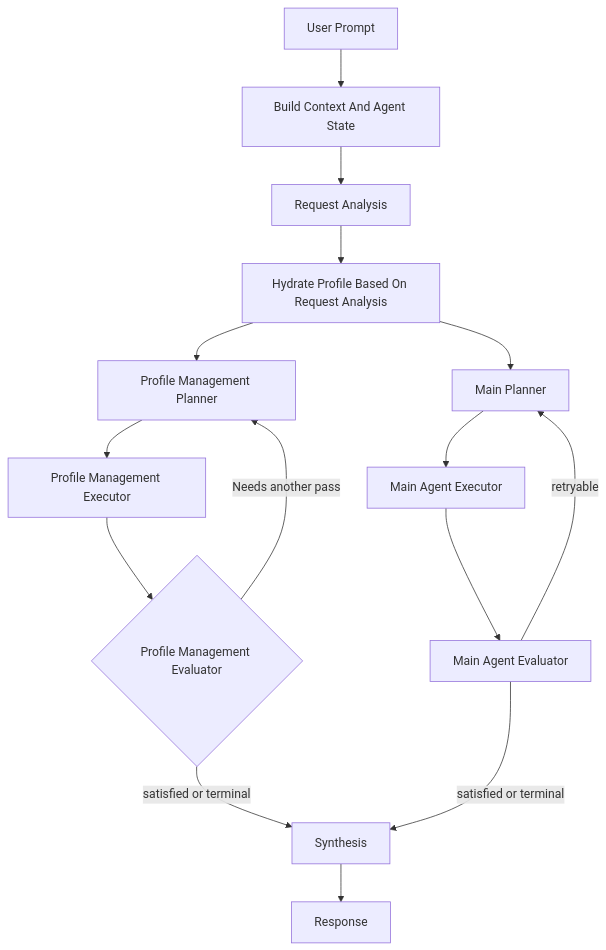
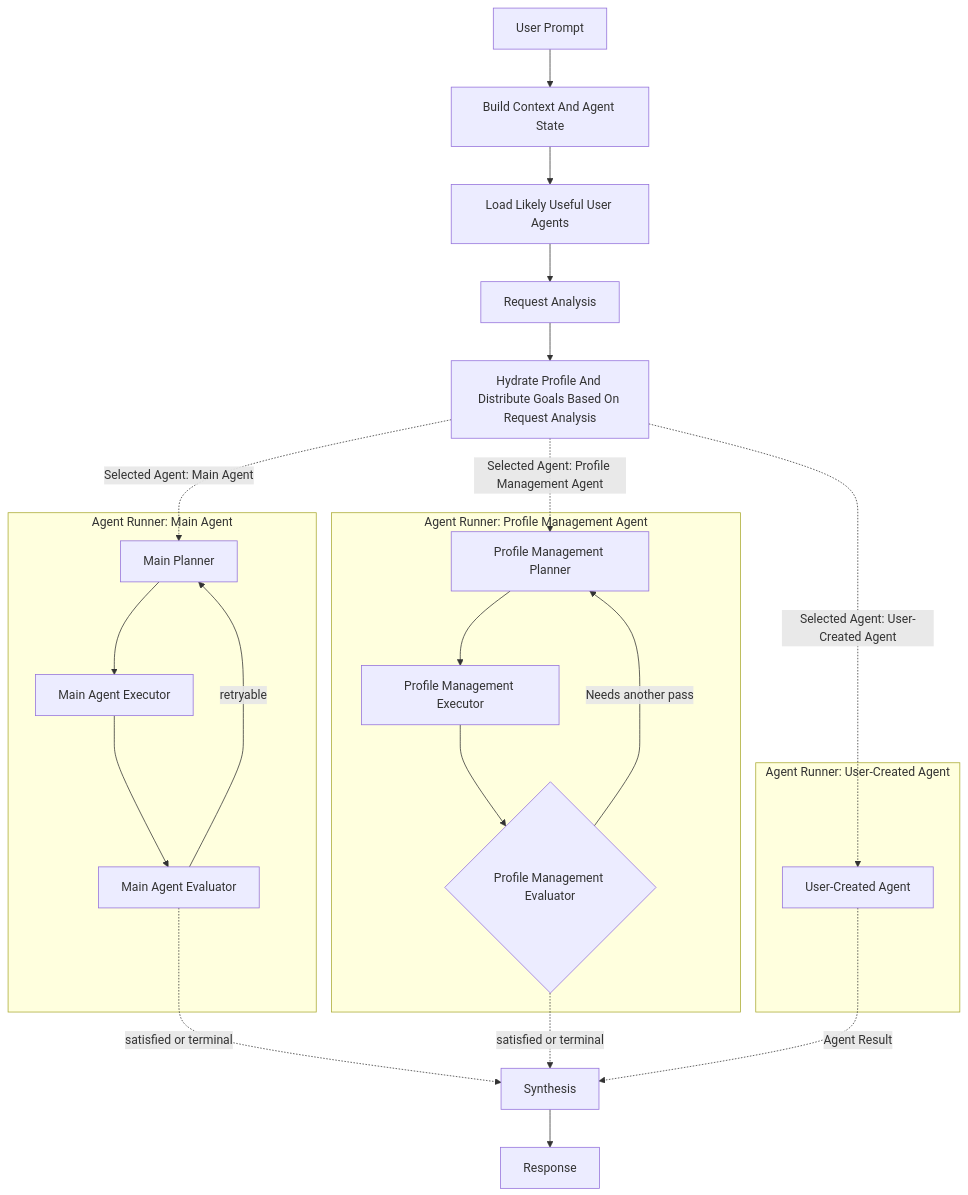
The diagram in README.md (mikeshutov/llm_poc), drawn with Mermaid before and after one commit. The commit also changed other lines of this file and 54 other files, not shown here.

````diff
--- a/README.md
+++ b/README.md
@@ -37,17 +38,27 @@
 ```mermaid
 flowchart TD
     A[User Prompt] --> B[Build Context And Agent State]
-    B --> C[Request Analysis]
-    C --> D[Hydrate Profile Based On Request Analysis]
-    D --> P1[Main Planner]
-    D --> PMP[Profile Management Planner]
-    PMP --> PMX[Profile Management Executor]
-    PMX --> PMV{Profile Management Evaluator}
-    PMV -->|Needs another pass| PMP
-    PMV -->|satisfied or terminal| S[Synthesis]
-    P1 --> X[Main Agent Executor]
-    X --> EV[Main Agent Evaluator]
-    EV -->|satisfied or terminal| S
-    EV -->|retryable| P1
+    B --> LUA[Load Likely Useful User Agents]
+    LUA --> C[Request Analysis]
+    C --> D[Hydrate Profile And Distribute Goals Based On Request Analysis]
+    subgraph MAR[Agent Runner: Main Agent]
+        P1[Main Planner] --> X[Main Agent Executor]
+        X --> EV[Main Agent Evaluator]
+        EV -->|retryable| P1
+    end
+    subgraph PMAR[Agent Runner: Profile Management Agent]
+        PMP[Profile Management Planner] --> PMX[Profile Management Executor]
+        PMX --> PMV{Profile Management Evaluator}
+        PMV -->|Needs another pass| PMP
+    end
+    subgraph UCAR[Agent Runner: User-Created Agent]
+        UCA[User-Created Agent]
+    end
+    D -.->|Selected Agent: Main Agent| P1
+    D -.->|Selected Agent: Profile Management Agent| PMP
+    D -.->|Selected Agent: User-Created Agent| UCA
+    EV -.->|satisfied or terminal| S[Synthesis]
+    PMV -.->|satisfied or terminal| S
+    UCA -.->|Agent Result| S
     S --> L[Response]
 ```
````
